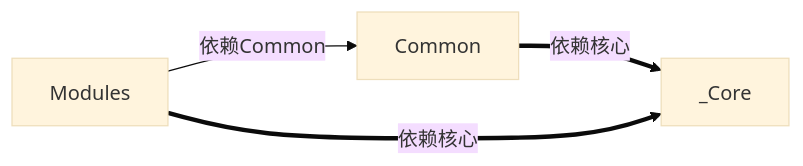
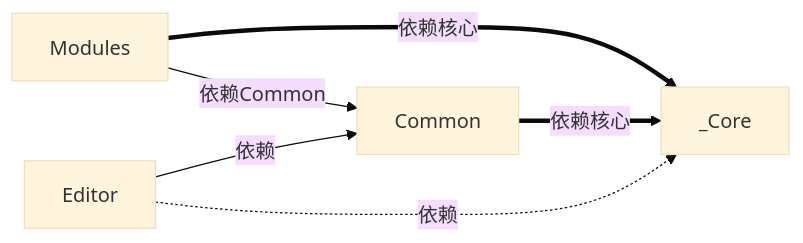
The diagram in README.md (Cielevel/AxuFrameKitV2), drawn with Mermaid (base theme) before and after one commit. The commit also changed other lines of this file and 160 other files, not shown here.

````diff
--- a/README.md
+++ b/README.md
@@ -103,10 +126,13 @@
 ```mermaid
 graph LR
     A[_Core]
     B[Common]
     C[Modules]
-    
+    D[Editor]
+
     B ==依赖核心==> A
     C ==依赖核心==> A
     C --依赖Common--> B
+    D --依赖--> B
+    D -.依赖.-> A
 ```
````
